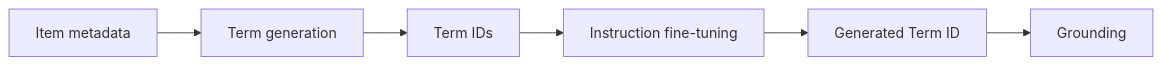
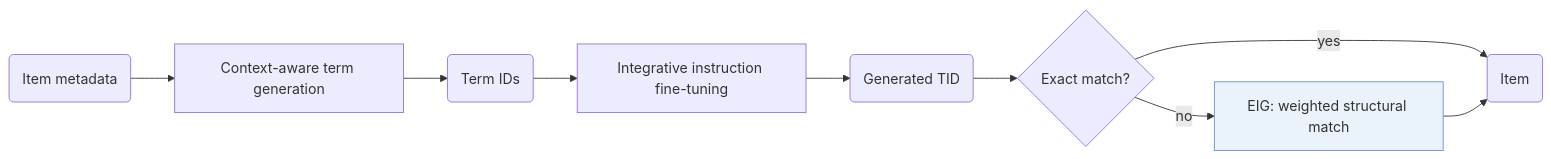
Before and after one commit to Galaxy-ghost/Awesome-SID-Generative-Rec: the diagram in notes/grlm.md, drawn with Mermaid. The commit also changed 521 other files, not shown here.

Commit message:
writer-04 part 3: algorithm diagrams with shared shape conventions, README hero and paper cards, archive removed

````diff
--- a/notes/grlm.md
+++ b/notes/grlm.md
@@ -13,8 +13,12 @@
 ```mermaid
 flowchart LR
-    A[Item metadata] --> B[Term generation]
-    B --> C[Term IDs]
-    C --> D[Instruction fine-tuning]
-    D --> E[Generated Term ID]
-    E --> F[Grounding]
+    A("Item metadata") --> B["Context-aware term generation"]
+    B --> C("Term IDs")
+    C --> D["Integrative instruction fine-tuning"]
+    D --> E("Generated TID")
+    E --> F{"Exact match?"}
+    F -->|yes| G("Item")
+    F -->|no| H["EIG: weighted structural match"]:::key
+    H --> G
+    classDef key fill:#eaf2fb,stroke:#6b8fc7
 ```
````
